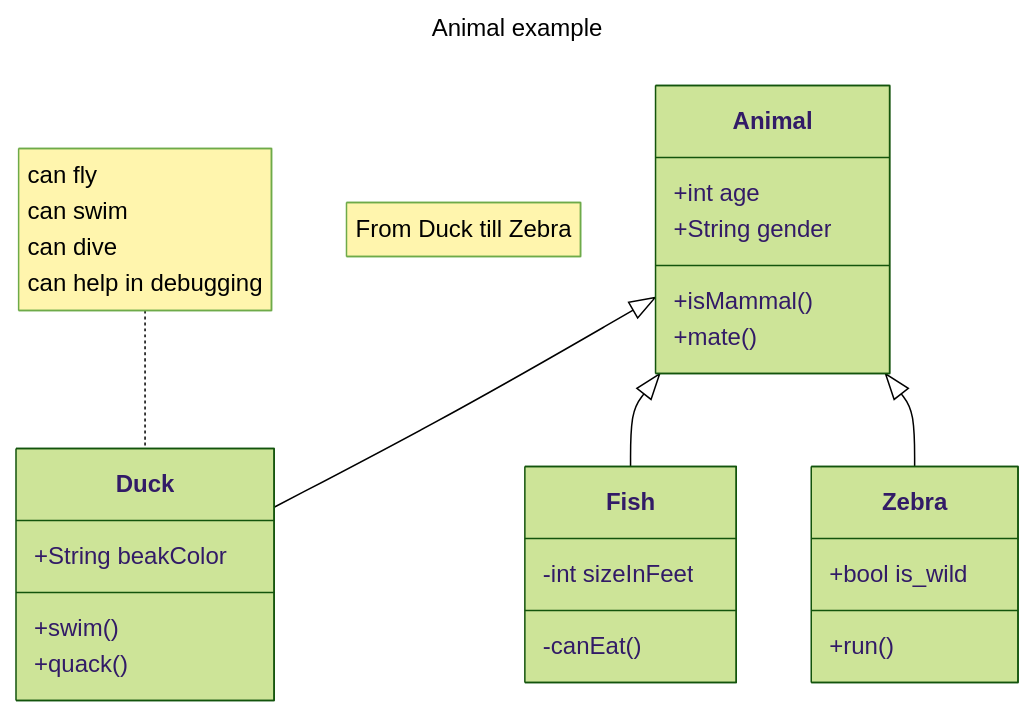
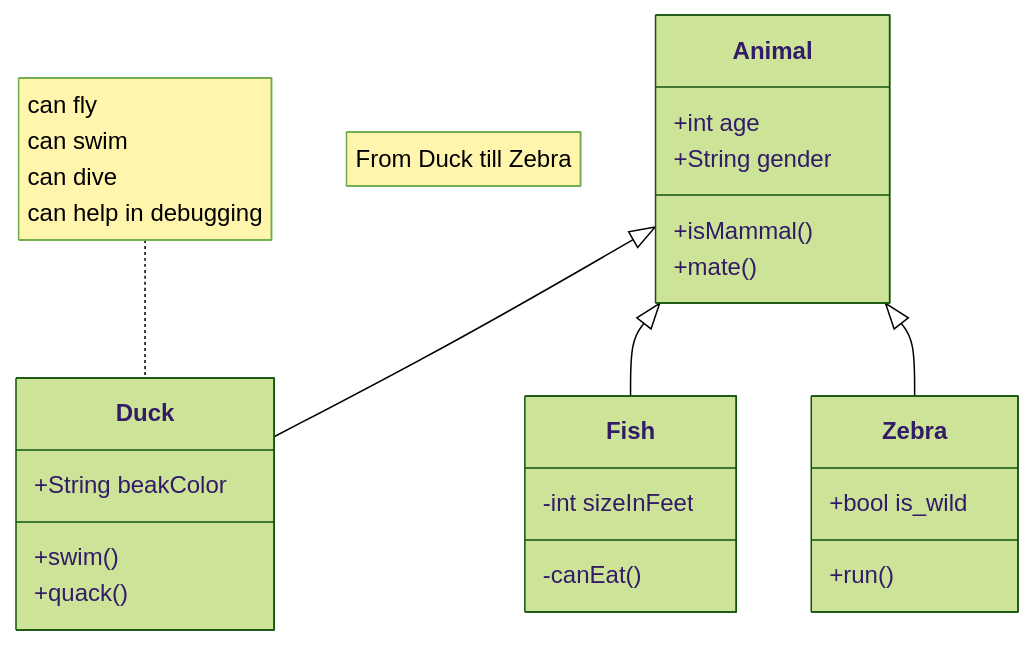
One commit to camalot/drjekyll-action changed the second of 2 diagrams in docs/_includes/mermaid/classDiagram.md. Above: the diagram before and after it, drawn with Mermaid (forest theme). The commit also changed other lines of this file and 2 other files, not shown here.

Commit message:
fix: fix render for statediagram

````diff
--- a/docs/_includes/mermaid/classDiagram.md
+++ b/docs/_includes/mermaid/classDiagram.md
@@ -36,28 +34,26 @@
 ```mermaid
----
-title: Animal example
----
+
 classDiagram
     note "From Duck till Zebra"
     Animal <|-- Duck
     note for Duck "can fly<br>can swim<br>can dive<br>can help in debugging"
     Animal <|-- Fish
     Animal <|-- Zebra
     Animal : +int age
     Animal : +String gender
     Animal: +isMammal()
     Animal: +mate()
     class Duck{
         +String beakColor
         +swim()
         +quack()
     }
     class Fish{
         -int sizeInFeet
         -canEat()
     }
     class Zebra{
         +bool is_wild
         +run()
     }
 ```
````
